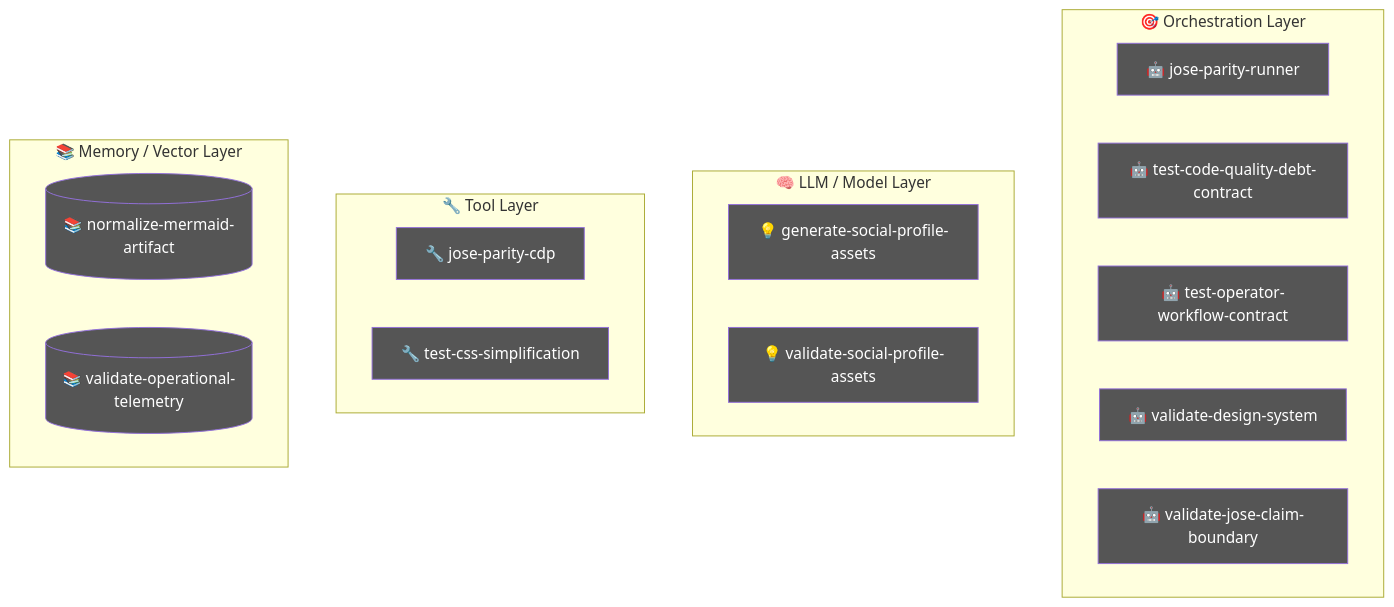
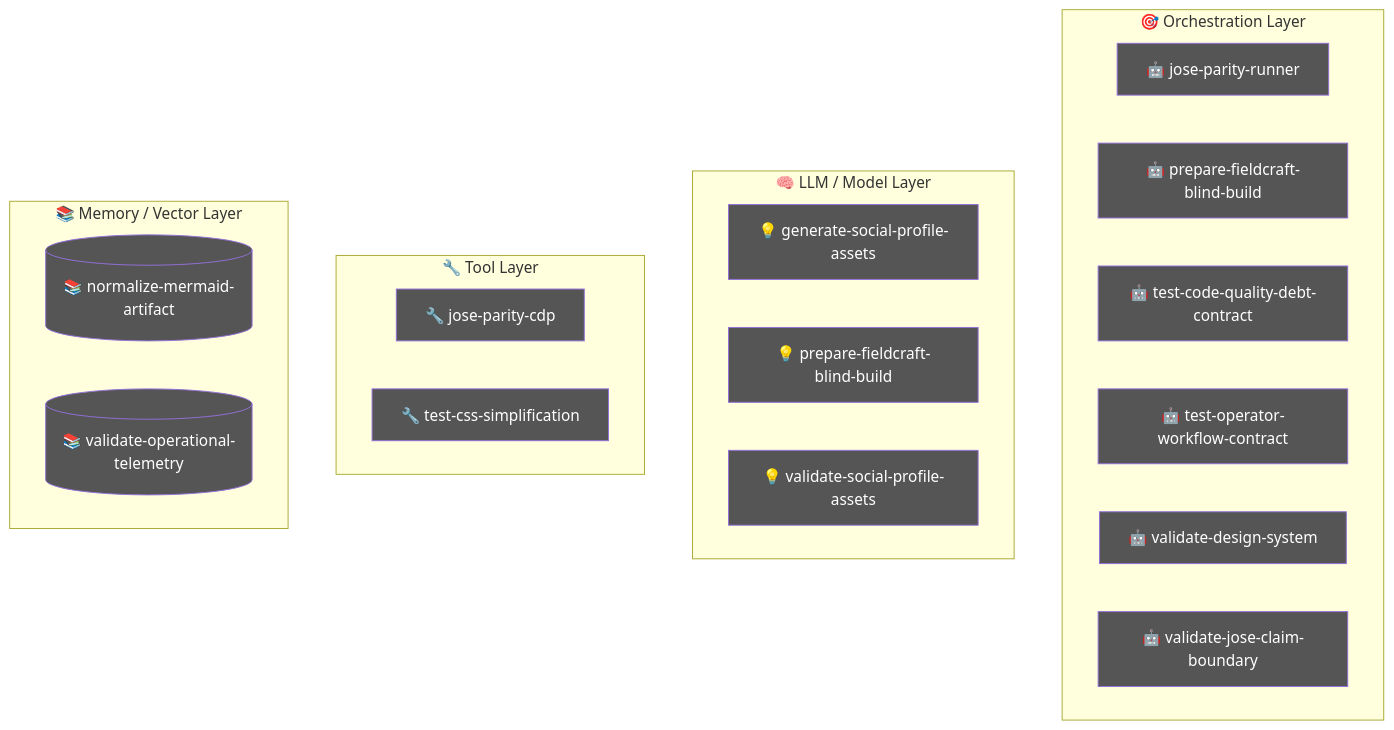
The diagram in .diagram/agent.mmd (jscraik/websites), drawn with Mermaid before and after one commit. The commit also changed 28 other files, not shown here.

```diff
--- a/.diagram/agent.mmd
+++ b/.diagram/agent.mmd
@@ -1,28 +1,30 @@
 flowchart TD
   subgraph Orchestration["🎯 Orchestration Layer"]
     jose_parity_runner_50cc4344["🤖 jose-parity-runner"]
+    node_agent_mmd_orchestration_layer_orchestration_prep_a847af26["🤖 prepare-fieldcraft-blind-build"]
     test_code_quality_debt_contract_569cff13["🤖 test-code-quality-debt-contract"]
     test_operator_workflow_contract_b4a152d7["🤖 test-operator-workflow-contract"]
     validate_design_system_b8a5f37c["🤖 validate-design-system"]
     validate_jose_claim_boundary_01082824["🤖 validate-jose-claim-boundary"]
   end
   subgraph LLMLayer["🧠 LLM / Model Layer"]
     generate_social_profile_assets_f4f94011["💡 generate-social-profile-assets"]
+    node_agent_mmd_llm_model_layer_llmlayer_prepare_field_7524fdcf["💡 prepare-fieldcraft-blind-build"]
     validate_social_profile_assets_a023937b["💡 validate-social-profile-assets"]
   end
   subgraph ToolLayer["🔧 Tool Layer"]
     jose_parity_cdp_bdcde21d["🔧 jose-parity-cdp"]
     test_css_simplification_05516724["🔧 test-css-simplification"]
   end
   subgraph MemoryLayer["📚 Memory / Vector Layer"]
     normalize_mermaid_artifact_9dba7231[("📚 normalize-mermaid-artifact")]
     validate_operational_telemetry_cb447bde[("📚 validate-operational-telemetry")]
   end
   classDef agentNode fill:#555,color:#fff
-  class jose_parity_runner_50cc4344,test_code_quality_debt_contract_569cff13,test_operator_workflow_contract_b4a152d7,validate_design_system_b8a5f37c,validate_jose_claim_boundary_01082824 agentNode
+  class jose_parity_runner_50cc4344,node_agent_mmd_orchestration_layer_orchestration_prep_a847af26,node_agent_mmd_llm_model_layer_llmlayer_prepare_field_7524fdcf,test_code_quality_debt_contract_569cff13,test_operator_workflow_contract_b4a152d7,validate_design_system_b8a5f37c,validate_jose_claim_boundary_01082824 agentNode
   classDef llmNode fill:#555,color:#fff
-  class generate_social_profile_assets_f4f94011,validate_social_profile_assets_a023937b llmNode
+  class generate_social_profile_assets_f4f94011,node_agent_mmd_orchestration_layer_orchestration_prep_a847af26,node_agent_mmd_llm_model_layer_llmlayer_prepare_field_7524fdcf,validate_social_profile_assets_a023937b llmNode
   classDef toolNode fill:#555,color:#fff
   class jose_parity_cdp_bdcde21d,test_css_simplification_05516724 toolNode
   classDef memNode fill:#555,color:#fff
   class normalize_mermaid_artifact_9dba7231,validate_operational_telemetry_cb447bde memNode
```
